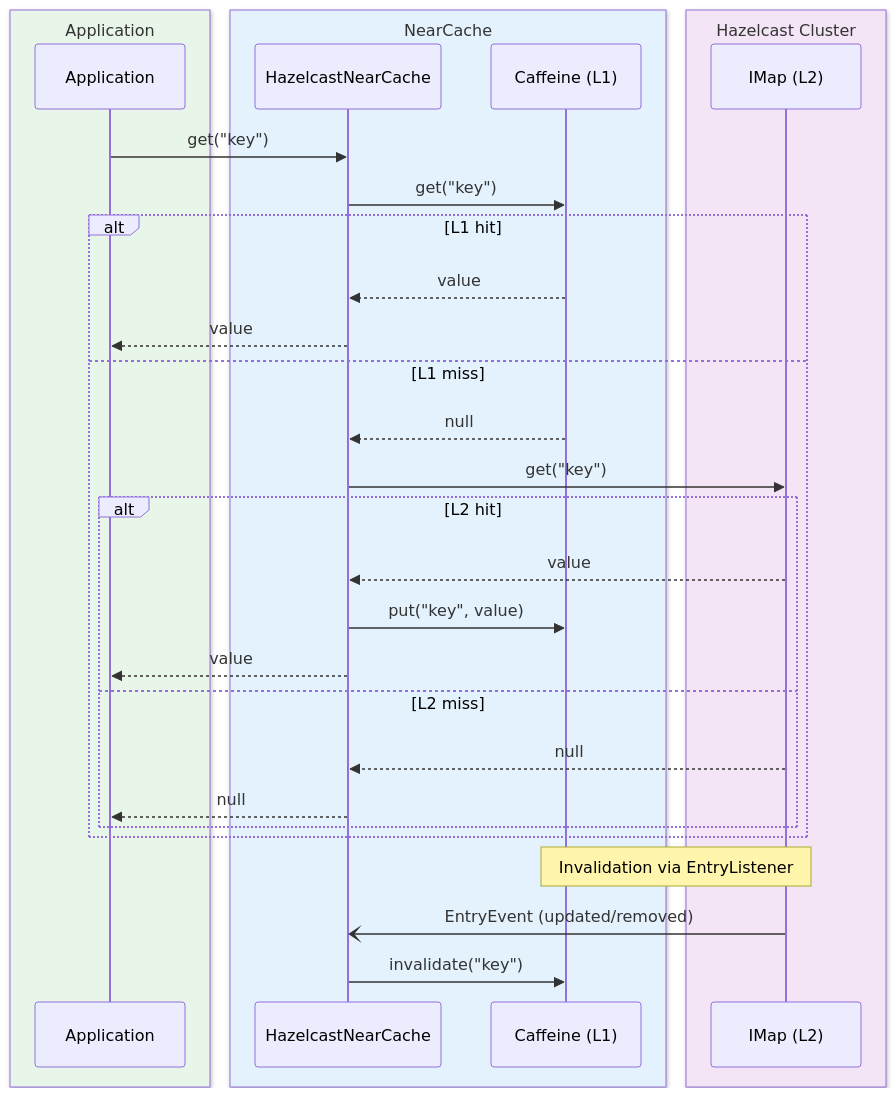
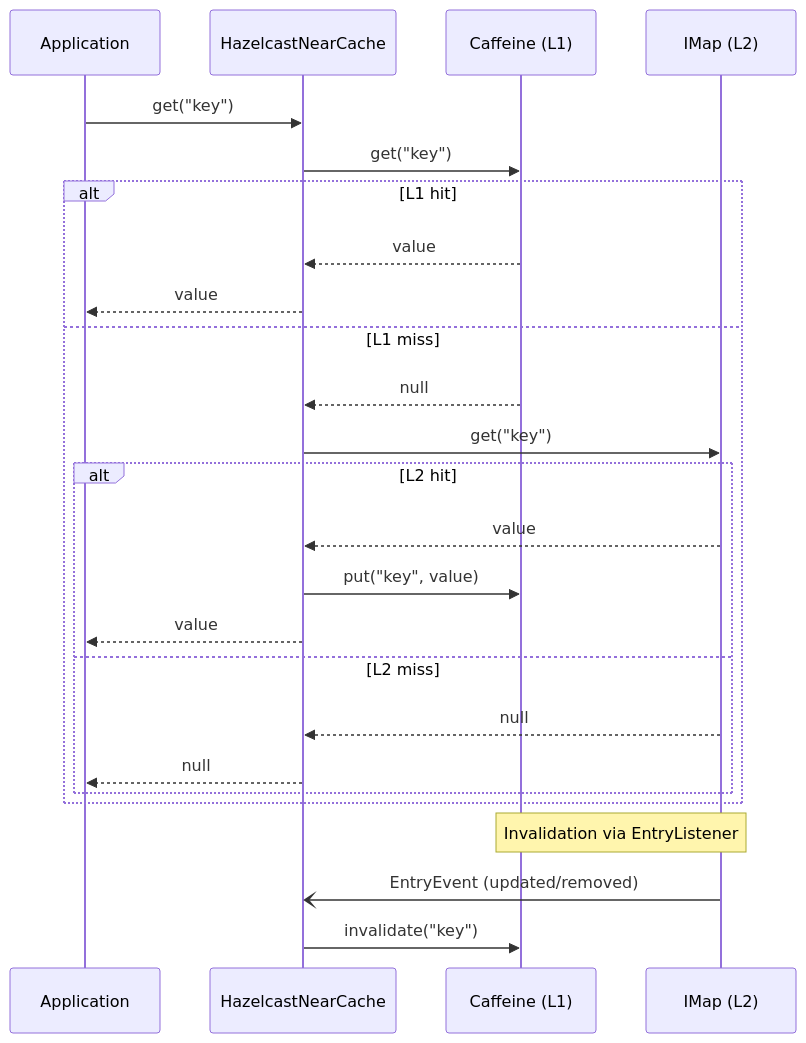
One commit to bluetape4k/bluetape4k-projects changed the second of 2 diagrams in infra/cache-hazelcast/README.md. Above: the diagram before and after it, drawn with Mermaid. The commit also changed other lines of this file and 219 other files, not shown here.

First line of the commit message:
docs: 전체 README Mermaid 다이어그램 가이드 적용

````diff
--- a/infra/cache-hazelcast/README.md
+++ b/infra/cache-hazelcast/README.md
@@ -159,35 +159,29 @@
 ```mermaid
 sequenceDiagram
-    box rgb(232,245,233) Application
     participant App as Application
-    end
-    box rgb(227,242,253) NearCache
     participant NC as HazelcastNearCache
     participant L1 as Caffeine (L1)
-    end
-    box rgb(243,229,245) Hazelcast Cluster
     participant L2 as IMap (L2)
-    end
 
     App->>NC: get("key")
     NC->>L1: get("key")
     alt L1 hit
         L1-->>NC: value
         NC-->>App: value
     else L1 miss
         L1-->>NC: null
         NC->>L2: get("key")
         alt L2 hit
             L2-->>NC: value
             NC->>L1: put("key", value)
             NC-->>App: value
         else L2 miss
             L2-->>NC: null
             NC-->>App: null
         end
     end
 
     Note over L2,L1: Invalidation via EntryListener
     L2-)NC: EntryEvent (updated/removed)
     NC->>L1: invalidate("key")
 ```
````
